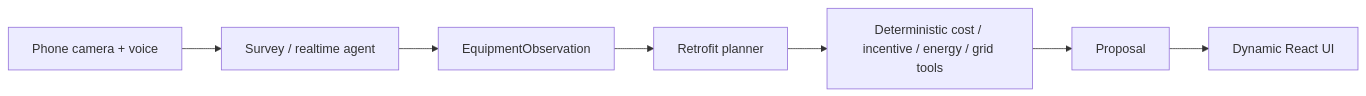
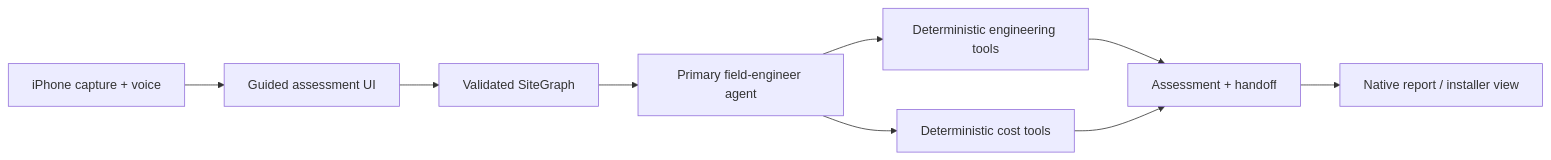
One commit to joshuachunggg/dnhacks-2026 changed the diagram in docs/ARCHITECTURE.md. Above: the diagram before and after it, drawn with Mermaid. The commit also changed other lines of this file and 28 other files, not shown here.

````diff
--- a/docs/ARCHITECTURE.md
+++ b/docs/ARCHITECTURE.md
@@ -9,9 +8,11 @@
 ```mermaid
 flowchart LR
-  A[Phone camera + voice] --> B[Survey / realtime agent]
-  B --> C[EquipmentObservation]
-  C --> D[Retrofit planner]
-  D --> E[Deterministic cost / incentive / energy / grid tools]
-  E --> F[Proposal]
-  F --> G[Dynamic React UI]
+  I[iPhone capture + voice] --> U[Guided assessment UI]
+  U --> S[Validated SiteGraph]
+  S --> A[Primary field-engineer agent]
+  A --> T[Deterministic engineering tools]
+  A --> C[Deterministic cost tools]
+  T --> R[Assessment + handoff]
+  C --> R
+  R --> V[Native report / installer view]
 ```
````
